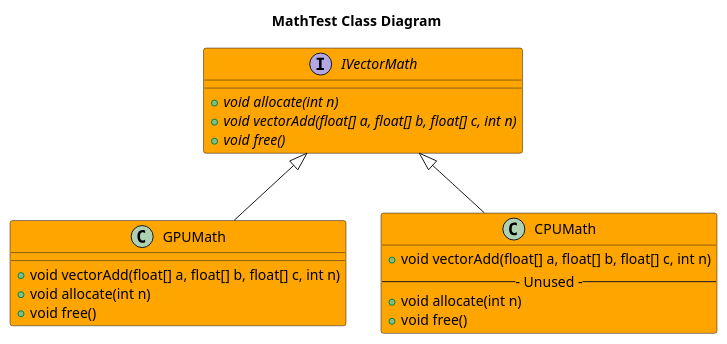
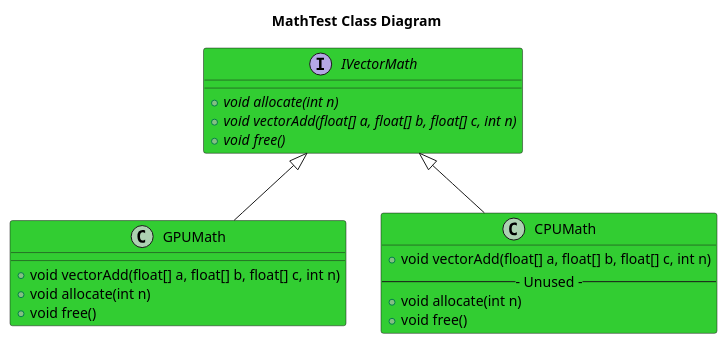
Before and after one commit to fastrobotics/robot_framework: the diagram in doc/ADR/016-ADRGPUSoftwareDesign/examples/MathTest/doc/puml/MathTestClassDiagram.puml, drawn with PlantUML. The commit also changed 1 other file, not shown here.

```diff
--- a/doc/ADR/016-ADRGPUSoftwareDesign/examples/MathTest/doc/puml/MathTestClassDiagram.puml
+++ b/doc/ADR/016-ADRGPUSoftwareDesign/examples/MathTest/doc/puml/MathTestClassDiagram.puml
@@ -1,21 +1,21 @@
 @startuml
 title MathTest Class Diagram
-interface IVectorMath #Orange {
+interface IVectorMath #LimeGreen {
     +{abstract} void allocate(int n)
     +{abstract} void vectorAdd(float[] a, float[] b, float[] c, int n)
     +{abstract} void free()
 }
-class GPUMath #Orange  {
+class GPUMath #LimeGreen  {
     +void vectorAdd(float[] a, float[] b, float[] c, int n)
     +void allocate(int n)
     +void free()
 }
 GPUMath -up-|> IVectorMath
-class CPUMath #Orange  {
+class CPUMath #LimeGreen  {
     +void vectorAdd(float[] a, float[] b, float[] c, int n)
     --- Unused ---
     +void allocate(int n)
     +void free()
 }
 CPUMath -up-|> IVectorMath
 @enduml
```
